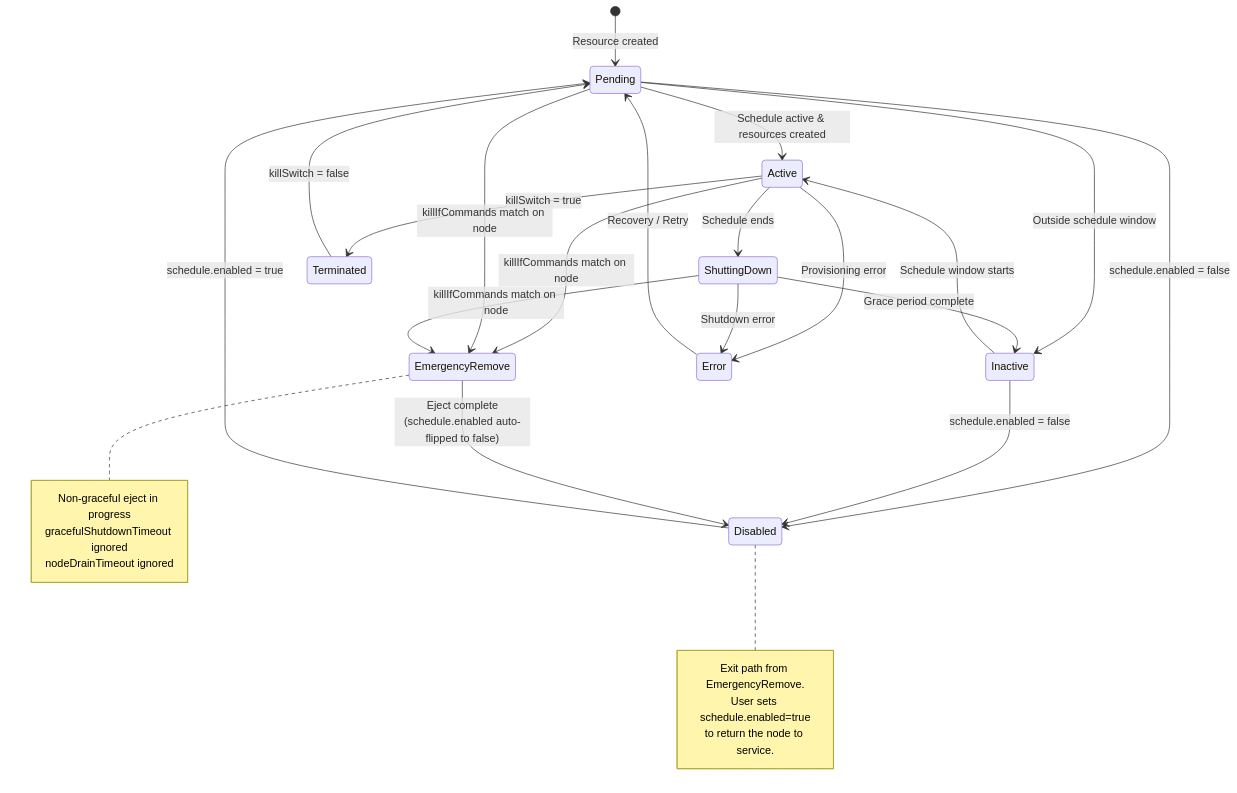
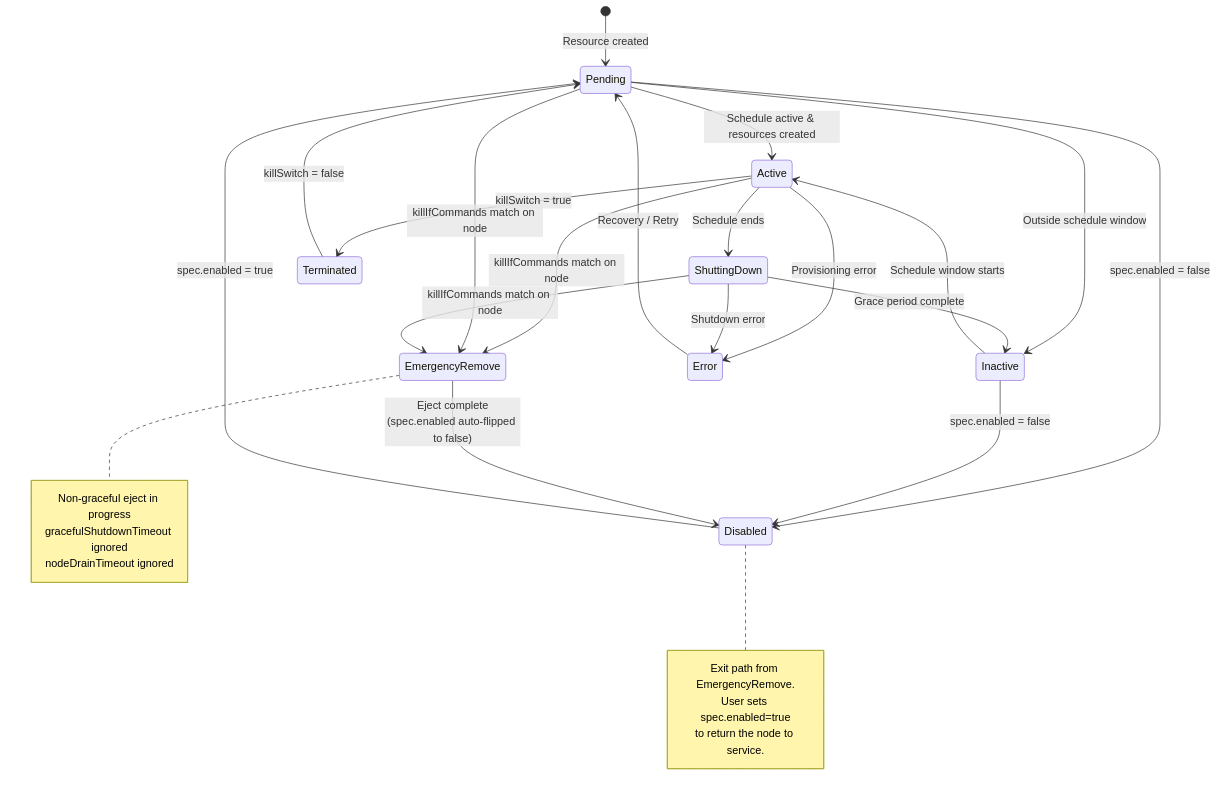
Before and after one commit to finos/5-spot: the second of 5 diagrams in docs/src/concepts/emergency-reclaim.md, drawn with Mermaid. The commit also changed other lines of this file and 72 other files, not shown here.

````diff
--- a/docs/src/concepts/emergency-reclaim.md
+++ b/docs/src/concepts/emergency-reclaim.md
@@ -60,42 +60,42 @@
 ```mermaid
 stateDiagram-v2
     [*] --> Pending: Resource created
 
     Pending --> Active: Schedule active & resources created
     Pending --> Inactive: Outside schedule window
-    Pending --> Disabled: schedule.enabled = false
+    Pending --> Disabled: spec.enabled = false
 
     Active --> ShuttingDown: Schedule ends
     Active --> Terminated: killSwitch = true
     Active --> EmergencyRemove: killIfCommands match on node
     Active --> Error: Provisioning error
 
     Pending --> EmergencyRemove: killIfCommands match on node
     ShuttingDown --> EmergencyRemove: killIfCommands match on node
 
     ShuttingDown --> Inactive: Grace period complete
     ShuttingDown --> Error: Shutdown error
 
     Inactive --> Active: Schedule window starts
-    Inactive --> Disabled: schedule.enabled = false
+    Inactive --> Disabled: spec.enabled = false
 
-    Disabled --> Pending: schedule.enabled = true
+    Disabled --> Pending: spec.enabled = true
 
     Terminated --> Pending: killSwitch = false
 
-    EmergencyRemove --> Disabled: Eject complete<br/>(schedule.enabled auto-flipped to false)
+    EmergencyRemove --> Disabled: Eject complete<br/>(spec.enabled auto-flipped to false)
 
     Error --> Pending: Recovery / Retry
 
     note right of EmergencyRemove
         Non-graceful eject in progress
         gracefulShutdownTimeout ignored
         nodeDrainTimeout ignored
     end note
 
     note right of Disabled
         Exit path from EmergencyRemove.
-        User sets schedule.enabled=true
+        User sets spec.enabled=true
         to return the node to service.
     end note
 ```
````
